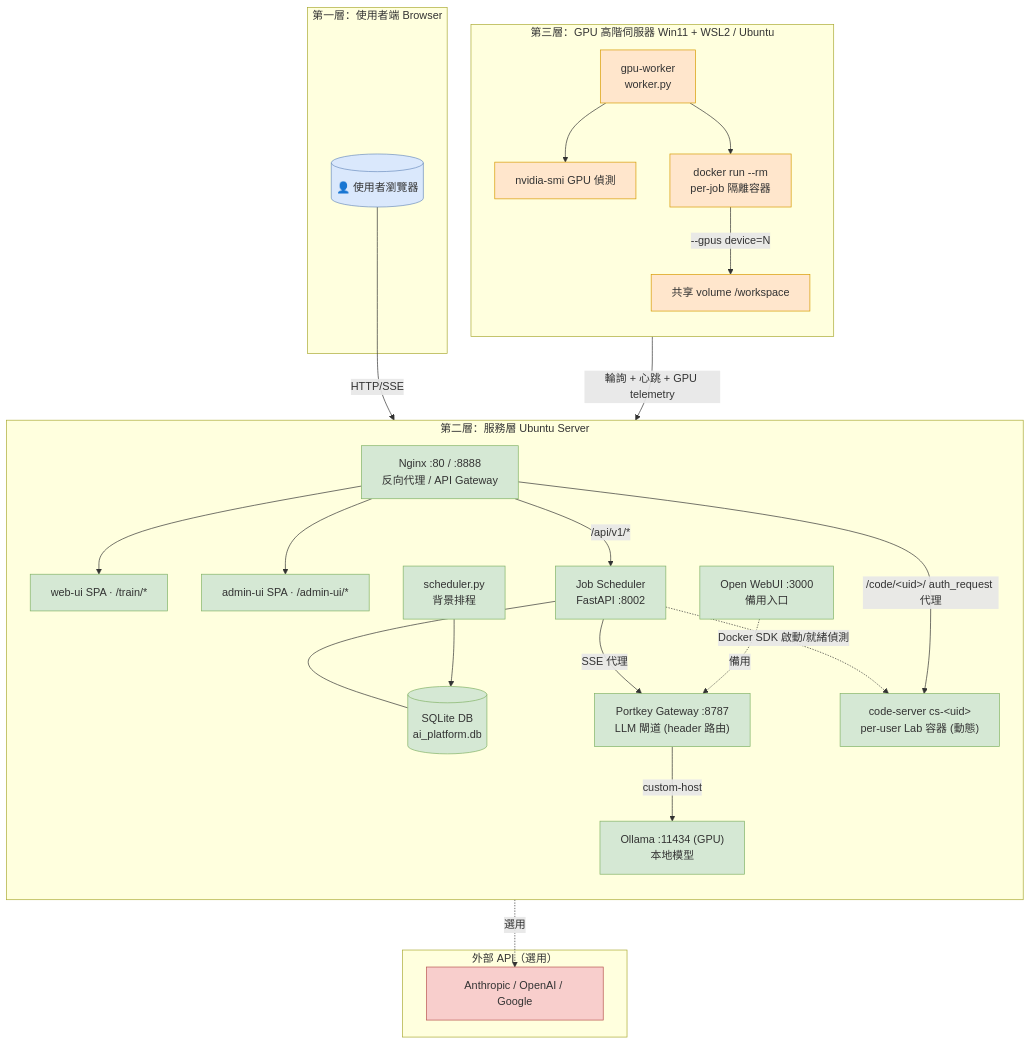
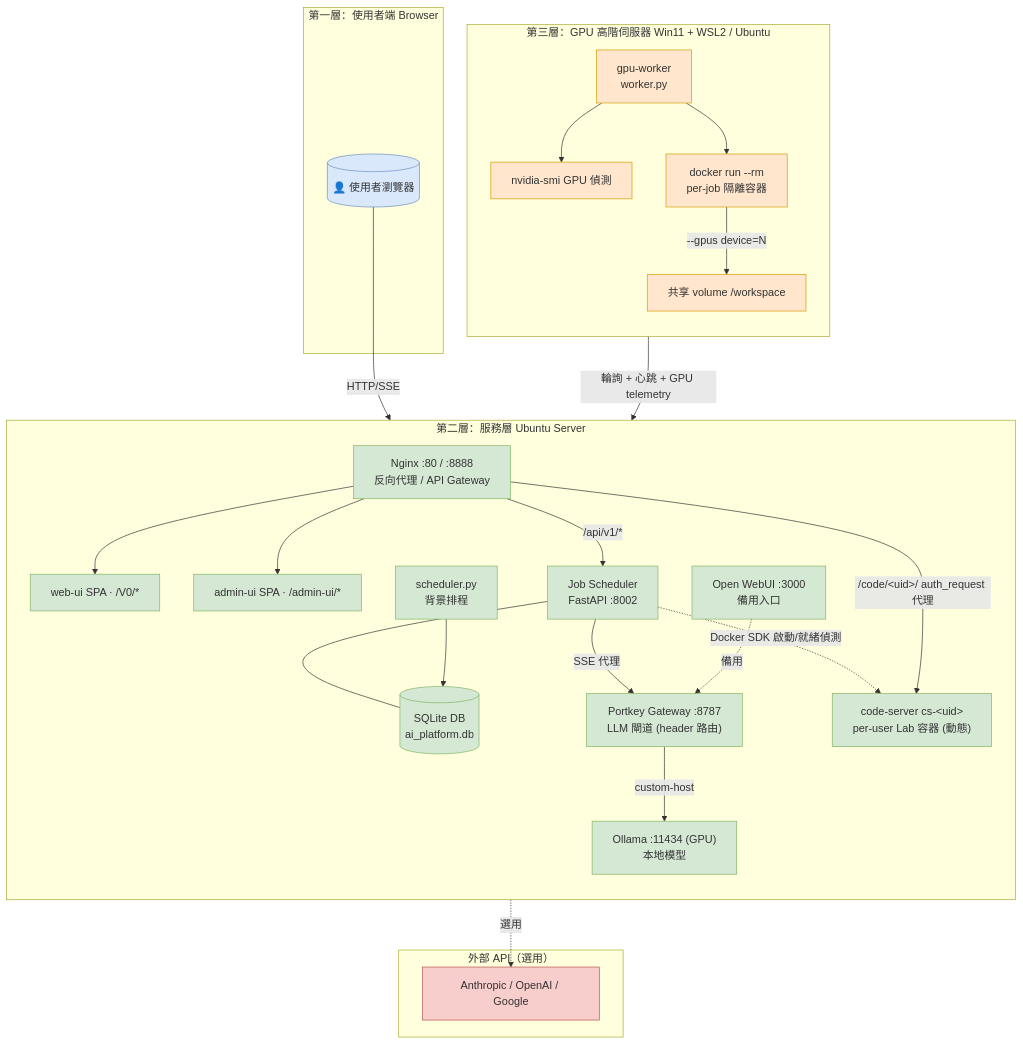
One commit to Lazywah/MingChuan-library-testing-projects changed the first of 14 diagrams in docs/02-architecture.md. Above: the diagram before and after it, drawn with Mermaid. The commit also changed other lines of this file and 129 other files, not shown here.

````diff
--- a/docs/02-architecture.md
+++ b/docs/02-architecture.md
@@ -13,59 +13,59 @@
 ```mermaid
 flowchart TB
     subgraph L1["第一層：使用者端 Browser"]
         U[("👤 使用者瀏覽器")]
     end
 
     subgraph L2["第二層：服務層 Ubuntu Server"]
         direction TB
         NGX["Nginx :80 / :8888<br/>反向代理 / API Gateway"]
-        WebFE["web-ui SPA · /train/*"]
+        WebFE["web-ui SPA · /V0/*"]
         AdmFE["admin-ui SPA · /admin-ui/*"]
         FA["Job Scheduler<br/>FastAPI :8002"]
         SCH["scheduler.py<br/>背景排程"]
         DB[("SQLite DB<br/>ai_platform.db")]
         PKG["Portkey Gateway :8787<br/>LLM 閘道 (header 路由)"]
         OL["Ollama :11434 (GPU)<br/>本地模型"]
         OWUI["Open WebUI :3000<br/>備用入口"]
         CS["code-server cs-&lt;uid&gt;<br/>per-user Lab 容器 (動態)"]
     end
 
     subgraph L3["第三層：GPU 高階伺服器 Win11 + WSL2 / Ubuntu"]
         direction TB
         WK["gpu-worker<br/>worker.py"]
         NV["nvidia-smi GPU 偵測"]
         DC["docker run --rm<br/>per-job 隔離容器"]
         STG["共享 volume /workspace"]
     end
 
     subgraph EXTG["外部 API（選用）"]
         EXT["Anthropic / OpenAI / Google"]
     end
 
     U -->|HTTP/SSE| NGX
     NGX --> WebFE
     NGX --> AdmFE
     NGX -->|/api/v1/*| FA
     FA --- DB
     SCH --> DB
     FA -->|SSE 代理| PKG
     FA -.->|Docker SDK 啟動/就緒偵測| CS
     NGX -->|/code/&lt;uid&gt;/ auth_request 代理| CS
     PKG -->|custom-host| OL
     PKG -.->|選用| EXT
     OWUI -.->|備用| PKG
 
     WK -->|輪詢 + 心跳 + GPU telemetry| FA
     WK --> NV
     WK --> DC
     DC -->|--gpus device=N| STG
 
     classDef l1 fill:#dae8fc,stroke:#6c8ebf
     classDef l2 fill:#d5e8d4,stroke:#82b366
     classDef l3 fill:#ffe6cc,stroke:#d79b00
     classDef ext fill:#f8cecc,stroke:#b85450
     class U l1
     class NGX,WebFE,AdmFE,FA,SCH,DB,PKG,OL,OWUI,CS l2
     class EXT ext
     class WK,NV,DC,STG l3
 ```
````
